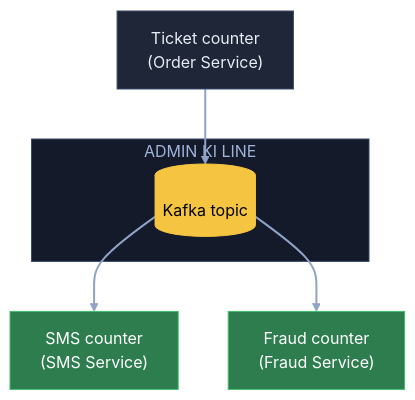
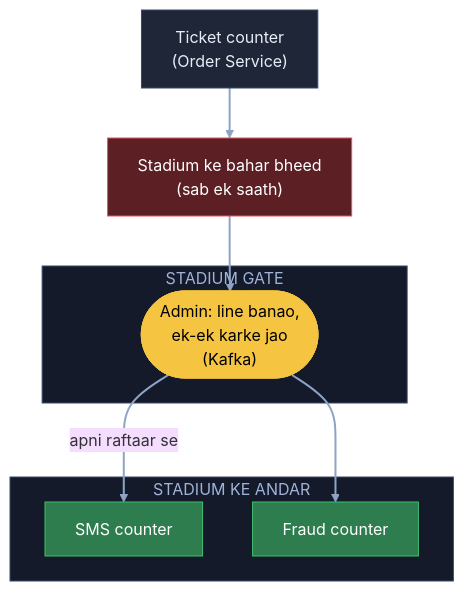
One commit to ArpanMaheshwari144/Prep changed the first of 10 diagrams in 04_HLD/SYSTEM_DESIGNS/12_message_queue_kafka/12_message_queue_kafka.md. Above: the diagram before and after it, drawn with Mermaid (base theme). The commit also changed other lines of this file, not shown here.

Commit message:
Kafka: 10 diagram stadium kahani (hand notes) se; runner / order cancel / min.insync / 5000 fan jaisi apni jodi baatein hatai, K6 pehli soch wapas

````diff
--- a/04_HLD/SYSTEM_DESIGNS/12_message_queue_kafka/12_message_queue_kafka.md
+++ b/04_HLD/SYSTEM_DESIGNS/12_message_queue_kafka/12_message_queue_kafka.md
@@ -38,18 +37,23 @@
 ```mermaid
 flowchart TB
-    O["Ticket counter<br/>(Order Service)"]:::card
-    subgraph AL["ADMIN KI LINE"]
-        K[("Kafka topic")]:::pill
+    T["Ticket counter<br/>(Order Service)"]:::card
+    B["Stadium ke bahar bheed<br/>(sab ek saath)"]:::bad
+    subgraph GT["STADIUM GATE"]
+        K(["Admin: line banao,<br/>ek-ek karke jao<br/>(Kafka)"]):::pill
     end
-    S["SMS counter<br/>(SMS Service)"]:::good
-    F["Fraud counter<br/>(Fraud Service)"]:::good
-    O --> K
-    K --> S
+    subgraph AN["STADIUM KE ANDAR"]
+        S["SMS counter"]:::good
+        F["Fraud counter"]:::good
+    end
+    T --> B
+    B --> K
+    K -- "apni raftaar se" --> S
     K --> F
     linkStyle default stroke:#8fa3c7,stroke-width:2px
     classDef card fill:#1e2638,stroke:#3a4a6b,color:#e8ecf5
     classDef pill fill:#f5c542,stroke:#f5c542,color:#000
     classDef good fill:#2e7d4f,stroke:#3fbf6f,color:#fff
     classDef bad fill:#5c1f24,stroke:#e05561,color:#fff
-    style AL fill:#141a29,stroke:#3a4a6b,color:#9fb3d9
+    style GT fill:#141a29,stroke:#3a4a6b,color:#9fb3d9
+    style AN fill:#141a29,stroke:#3a4a6b,color:#9fb3d9
 ```
````
